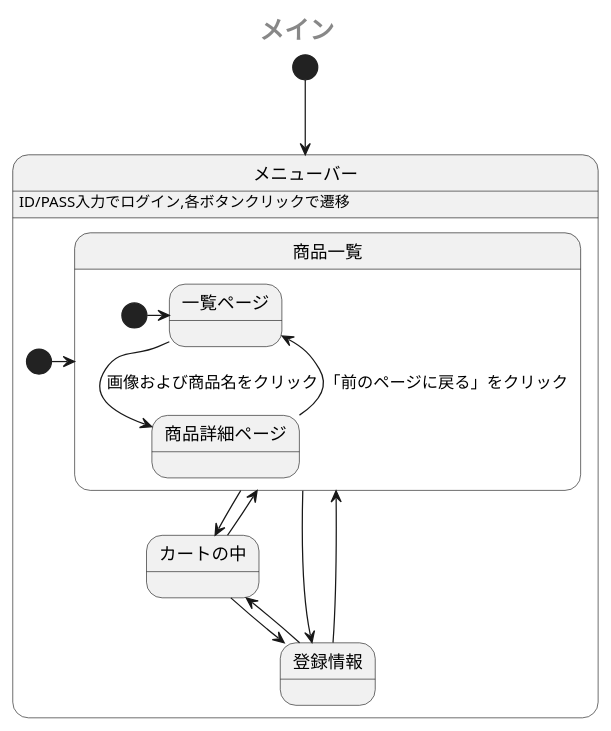
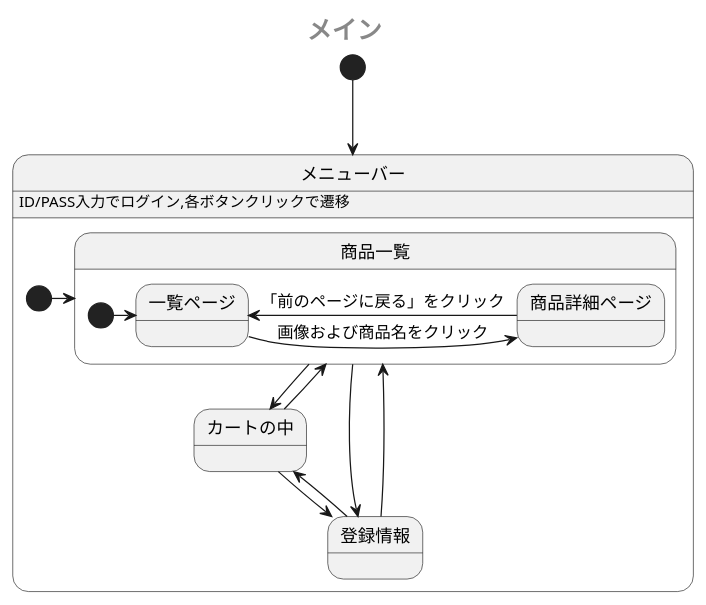
Before and after one commit to Aso2001385/2021sys-design: the first of 2 diagrams in sample/StateMachine.md, drawn with PlantUML.

````diff
--- a/sample/StateMachine.md
+++ b/sample/StateMachine.md
@@ -1,27 +1,27 @@
 ```uml
 @startuml
  center header <size:20><b>メイン</b></size>
  [*] --> メニューバー
  state メニューバー {
    メニューバー: ID/PASS入力でログイン,各ボタンクリックで遷移
    [*] -> 商品一覧
    state 商品一覧 {
     [*] -> 一覧ページ
-    一覧ページ -> 商品詳細ページ: 画像および商品名をクリック
-    商品詳細ページ --> 一覧ページ: 「前のページに戻る」をクリック
+    一覧ページ -right-> 商品詳細ページ: 画像および商品名をクリック
+    商品詳細ページ -left-> 一覧ページ: 「前のページに戻る」をクリック
     
    }
    商品一覧 -down-> カートの中
    カートの中 -up-> 商品一覧
    カートの中 -down-> 登録情報
    登録情報 -up-> カートの中
    商品一覧 -right-> 登録情報
    商品一覧 -[hidden]> 登録情報
    登録情報 -left-> 商品一覧
    登録情報 -[hidden]> 商品一覧
    
 
  }
  
 @enduml
 ```
````
